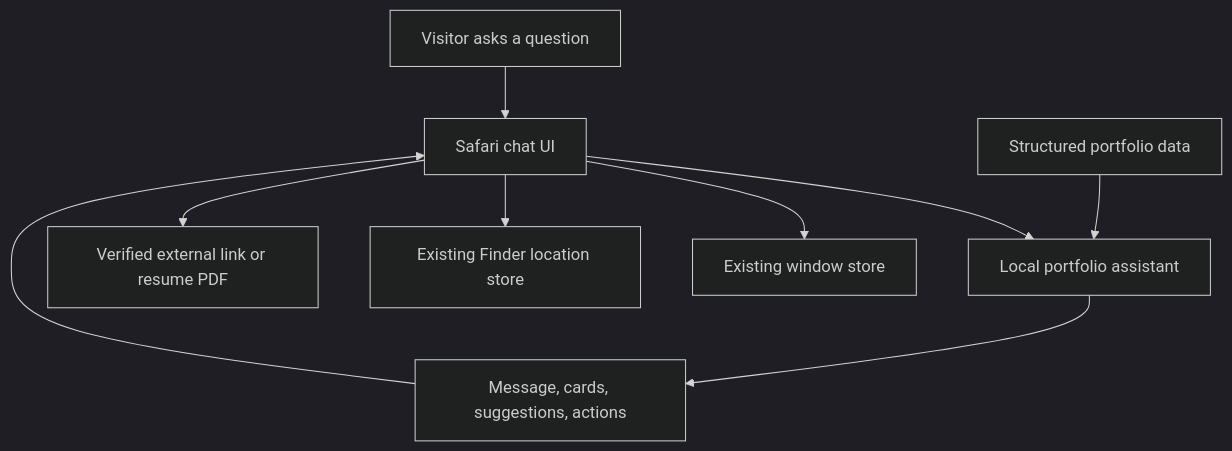
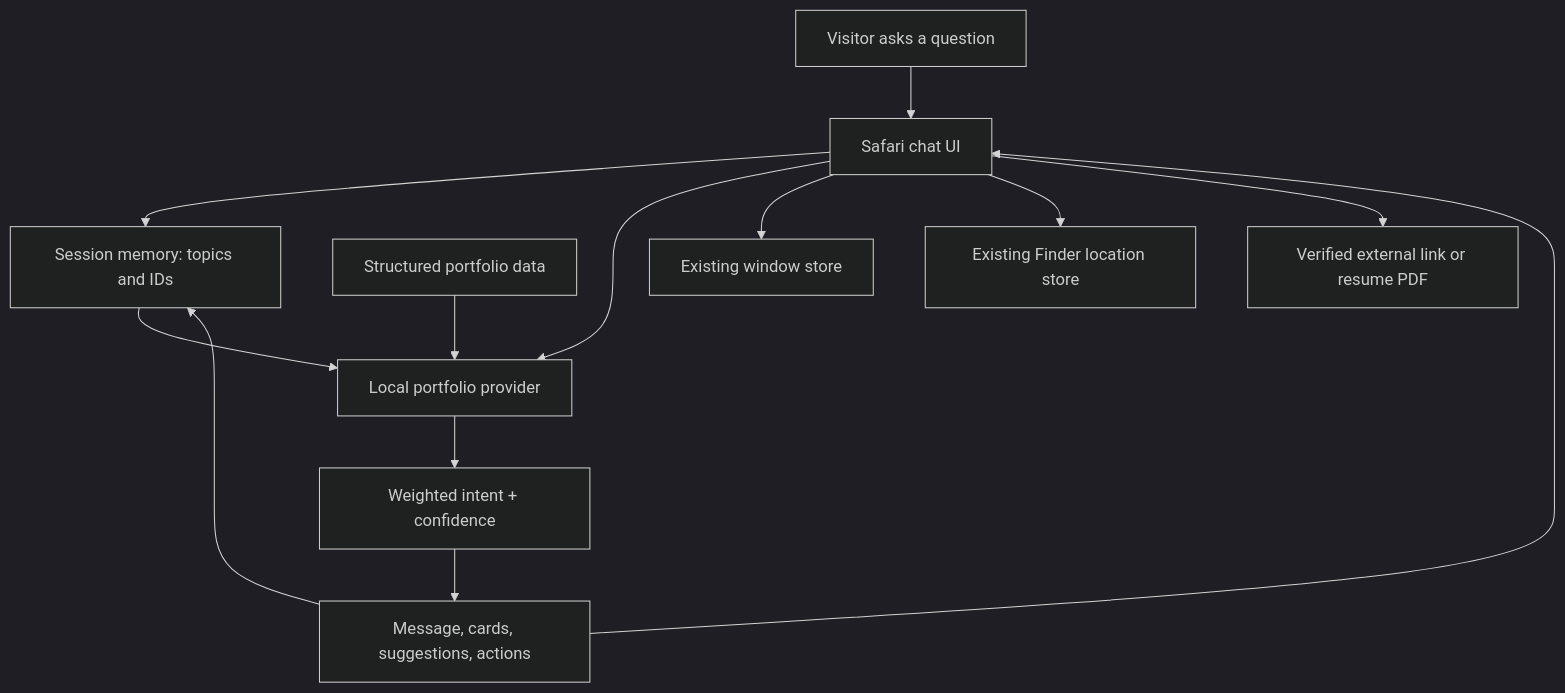
Before and after one commit to aditya-dhasmana/portfolio.Os: the diagram in docs/diagrams/local-portfolio-chat-flow.md, drawn with Mermaid (dark theme). The commit also changed 32 other files, not shown here.

````diff
--- a/docs/diagrams/local-portfolio-chat-flow.md
+++ b/docs/diagrams/local-portfolio-chat-flow.md
@@ -3,11 +3,15 @@
 ```mermaid
 flowchart TD
     Visitor["Visitor asks a question"] --> Safari["Safari chat UI"]
-    Safari --> Engine["Local portfolio assistant"]
+    Memory["Session memory: topics and IDs"] --> Engine["Local portfolio provider"]
+    Safari --> Memory
+    Safari --> Engine
     Data["Structured portfolio data"] --> Engine
-    Engine --> Response["Message, cards, suggestions, actions"]
+    Engine --> Score["Weighted intent + confidence"]
+    Score --> Response["Message, cards, suggestions, actions"]
+    Response --> Memory
     Response --> Safari
     Safari --> WindowStore["Existing window store"]
     Safari --> FinderStore["Existing Finder location store"]
     Safari --> External["Verified external link or resume PDF"]
 ```
````
